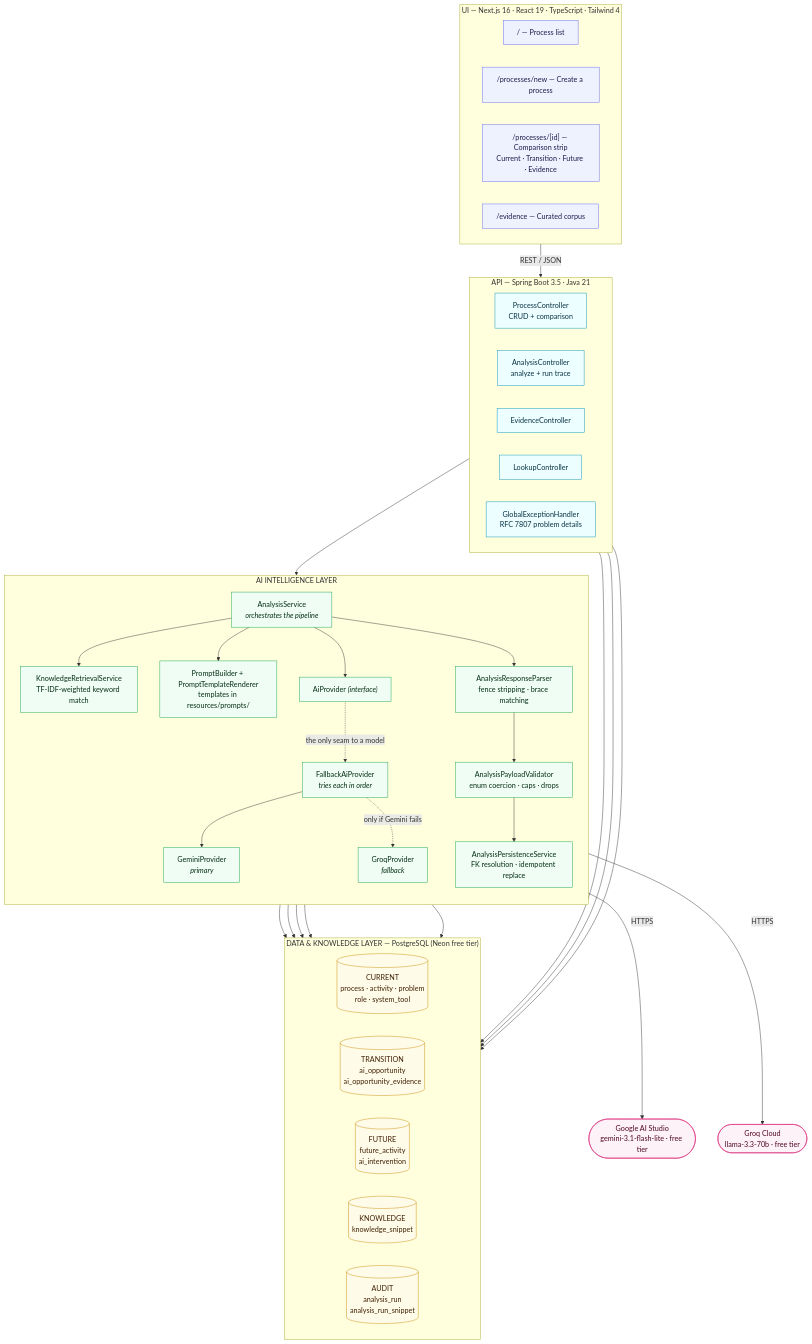
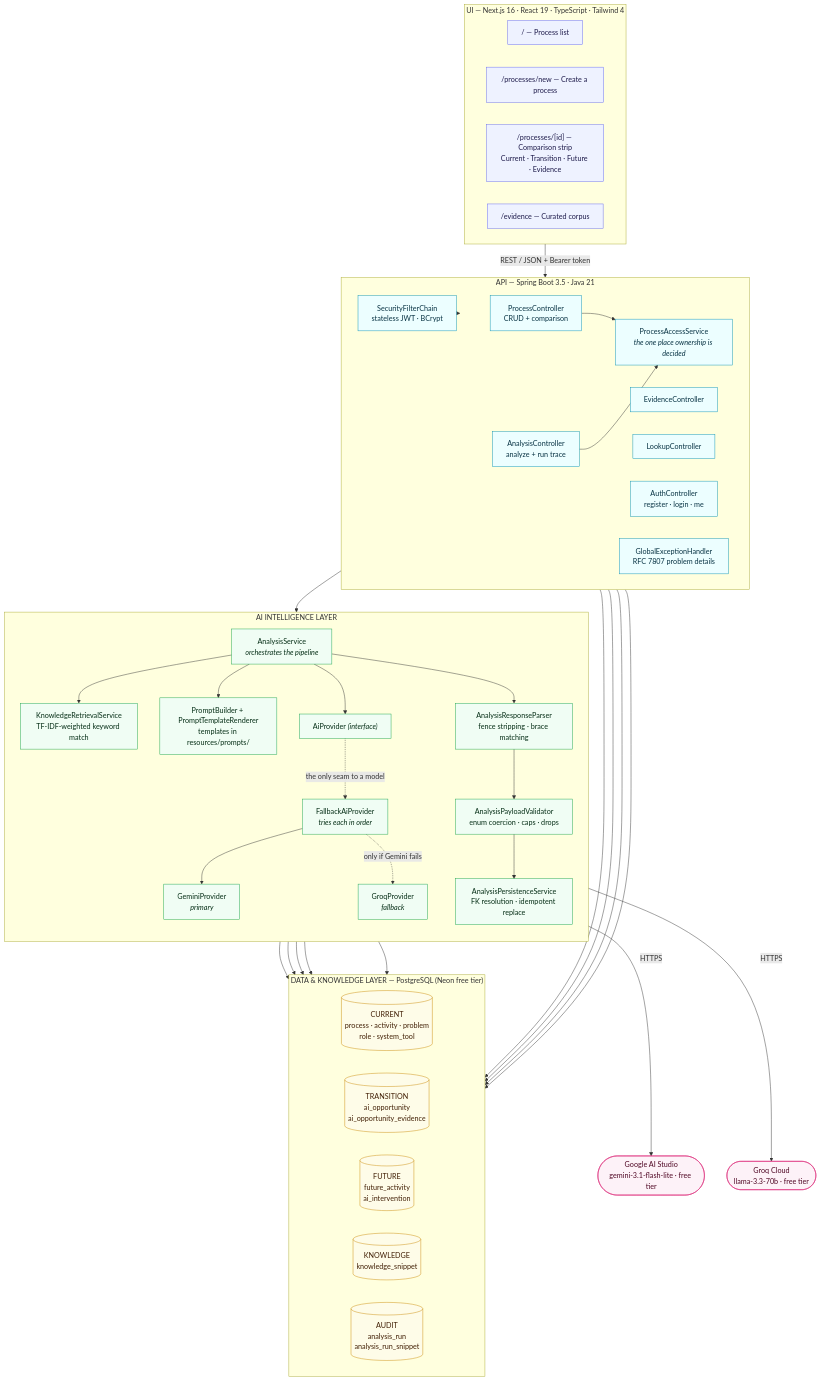
The first of 3 diagrams in docs/architecture-diagram.md (Saisrijan166/future-process-designer), drawn with Mermaid before and after one commit. The commit also changed other lines of this file and 52 other files, not shown here.

````diff
--- a/docs/architecture-diagram.md
+++ b/docs/architecture-diagram.md
@@ -5,72 +5,79 @@
 ```mermaid
 flowchart TB
     subgraph UI["UI — Next.js 16 · React 19 · TypeScript · Tailwind 4"]
         direction LR
         DASH["/ — Process list"]
         NEW["/processes/new — Create a process"]
         DETAIL["/processes/[id] — Comparison strip<br/>Current · Transition · Future · Evidence"]
         EVID["/evidence — Curated corpus"]
     end
 
     subgraph API["API — Spring Boot 3.5 · Java 21"]
         direction LR
         PC["ProcessController<br/>CRUD + comparison"]
         AC["AnalysisController<br/>analyze + run trace"]
         EC["EvidenceController"]
         LC["LookupController"]
+        AC2["AuthController<br/>register · login · me"]
+        SEC["SecurityFilterChain<br/>stateless JWT · BCrypt"]
+        ACC["ProcessAccessService<br/><i>the one place ownership is decided</i>"]
         GEH["GlobalExceptionHandler<br/>RFC 7807 problem details"]
     end
 
     subgraph AI["AI INTELLIGENCE LAYER"]
         direction TB
         AS["AnalysisService<br/><i>orchestrates the pipeline</i>"]
         KRS["KnowledgeRetrievalService<br/>TF-IDF-weighted keyword match"]
         PB["PromptBuilder + PromptTemplateRenderer<br/>templates in resources/prompts/"]
         AP["AiProvider <i>(interface)</i>"]
         FB["FallbackAiProvider<br/><i>tries each in order</i>"]
         GP["GeminiProvider<br/><i>primary</i>"]
         GQ["GroqProvider<br/><i>fallback</i>"]
         PARSE["AnalysisResponseParser<br/>fence stripping · brace matching"]
         VAL["AnalysisPayloadValidator<br/>enum coercion · caps · drops"]
         PERS["AnalysisPersistenceService<br/>FK resolution · idempotent replace"]
     end
 
     subgraph DATA["DATA & KNOWLEDGE LAYER — PostgreSQL (Neon free tier)"]
         direction LR
         CUR[("CURRENT<br/>process · activity · problem<br/>role · system_tool")]
         TRANS[("TRANSITION<br/>ai_opportunity<br/>ai_opportunity_evidence")]
         FUT[("FUTURE<br/>future_activity<br/>ai_intervention")]
         KNOW[("KNOWLEDGE<br/>knowledge_snippet")]
         AUDIT[("AUDIT<br/>analysis_run<br/>analysis_run_snippet")]
     end
 
-    UI -->|"REST / JSON"| API
+    UI -->|"REST / JSON + Bearer token"| SEC
+    SEC --> API
+    AC2 --> DATA
+    PC --> ACC
+    AC --> ACC
     PC --> DATA
     EC --> KNOW
     LC --> DATA
     AC --> AS
 
     AS --> KRS --> KNOW
     AS --> PB
     AS --> AP
     AP -.->|"the only seam to a model"| FB
     FB --> GP
     FB -.->|"only if Gemini fails"| GQ
     GP -->|"HTTPS"| GEMINI(["Google AI Studio<br/>gemini-3.1-flash-lite · free tier"])
     GQ -->|"HTTPS"| GROQ(["Groq Cloud<br/>llama-3.3-70b · free tier"])
     AS --> PARSE --> VAL --> PERS
     PERS --> CUR & TRANS & FUT
     AS --> AUDIT
 
     classDef ui fill:#eef2ff,stroke:#6366f1,color:#1e1b4b
     classDef api fill:#ecfeff,stroke:#0891b2,color:#083344
     classDef ai fill:#f0fdf4,stroke:#16a34a,color:#052e16
     classDef data fill:#fefce8,stroke:#ca8a04,color:#422006
     classDef ext fill:#fdf2f8,stroke:#db2777,color:#500724
 
     class DASH,NEW,DETAIL,EVID ui
-    class PC,AC,EC,LC,GEH api
+    class PC,AC,AC2,SEC,ACC,EC,LC,GEH api
     class AS,KRS,PB,AP,FB,GP,GQ,PARSE,VAL,PERS ai
     class CUR,TRANS,FUT,KNOW,AUDIT data
     class GEMINI,GROQ ext
 ```
````
